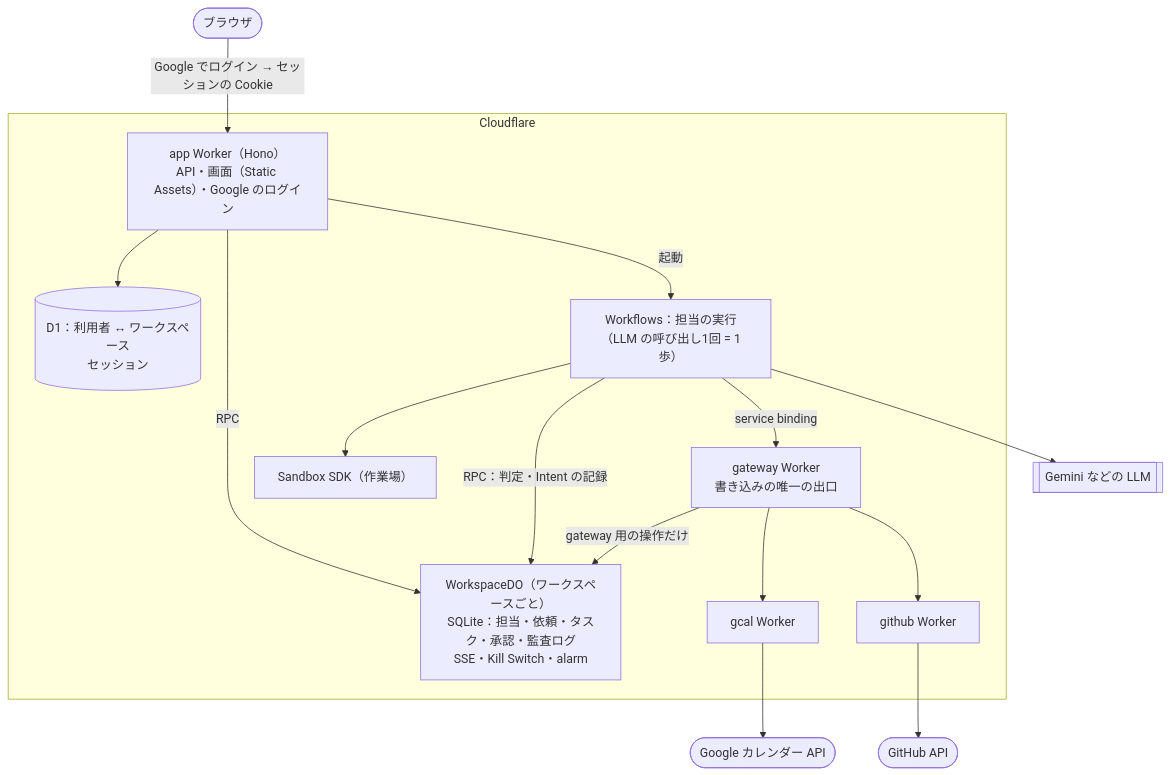
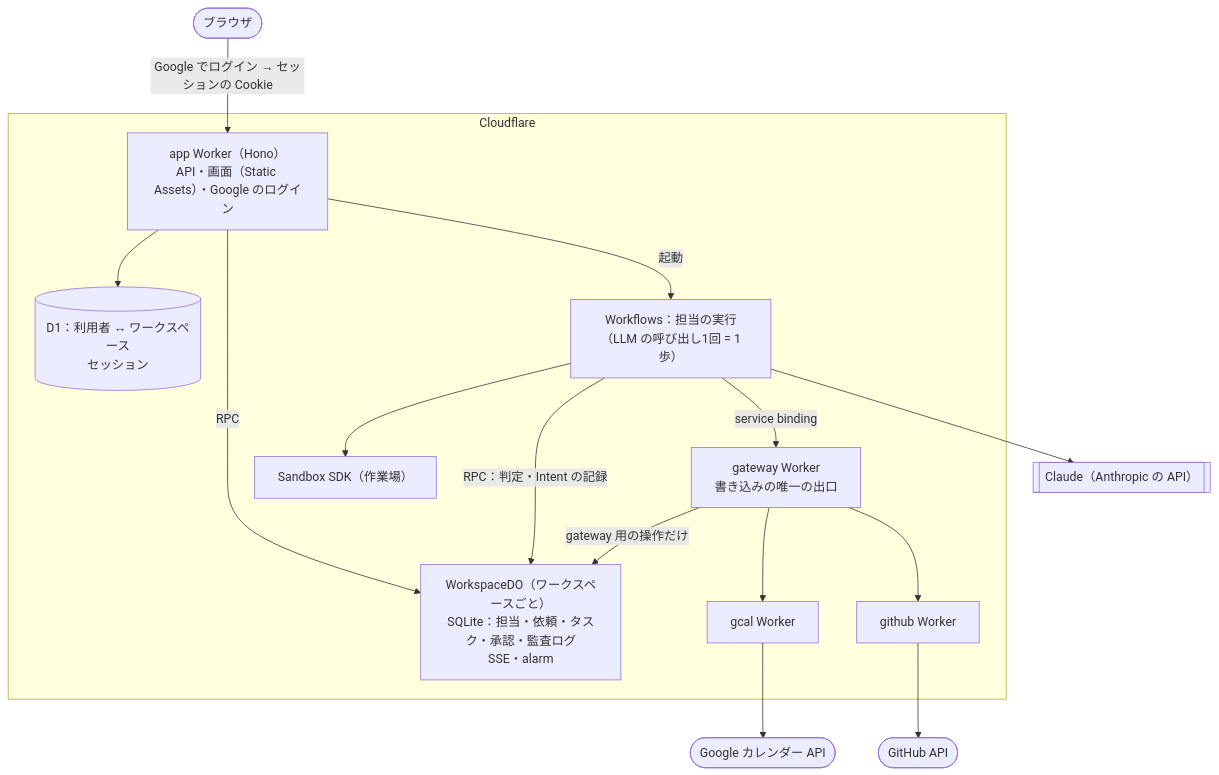
The diagram in docs/cloudflare-design.md (itiwoja/agent-team), drawn with Mermaid before and after one commit. The commit also changed other lines of this file and 13 other files, not shown here.

First line of the commit message:
Worker の LLM を Claude だけにする

````diff
--- a/docs/cloudflare-design.md
+++ b/docs/cloudflare-design.md
@@ -14,21 +15,21 @@
 ```mermaid
 flowchart TB
   U(["ブラウザ"]) -->|"Google でログイン → セッションの Cookie"| W
 
   subgraph CF["Cloudflare"]
     W["app Worker（Hono）<br/>API・画面（Static Assets）・Google のログイン"]
-    W -->|"RPC"| WS["WorkspaceDO（ワークスペースごと）<br/>SQLite：担当・依頼・タスク・承認・監査ログ<br/>SSE・Kill Switch・alarm"]
+    W -->|"RPC"| WS["WorkspaceDO（ワークスペースごと）<br/>SQLite：担当・依頼・タスク・承認・監査ログ<br/>SSE・alarm"]
     W --> D1[("D1：利用者 ↔ ワークスペース<br/>セッション")]
     W -->|"起動"| WF["Workflows：担当の実行<br/>（LLM の呼び出し1回 = 1歩）"]
     WF -->|"RPC：判定・Intent の記録"| WS
     WF -->|"service binding"| GW["gateway Worker<br/>書き込みの唯一の出口"]
     GW -->|"gateway 用の操作だけ"| WS
     GW --> GCAL["gcal Worker"]
     GW --> GH["github Worker"]
     WF --> SBX["Sandbox SDK（作業場）"]
   end
 
-  WF --> LLM[["Gemini などの LLM"]]
+  WF --> LLM[["Claude（Anthropic の API）"]]
   GCAL --> GAPI(["Google カレンダー API"])
   GH --> GHAPI(["GitHub API"])
 ```
````
